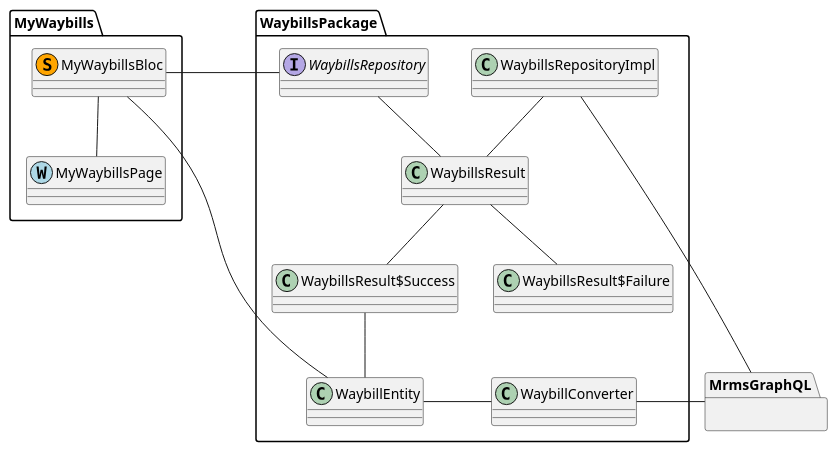
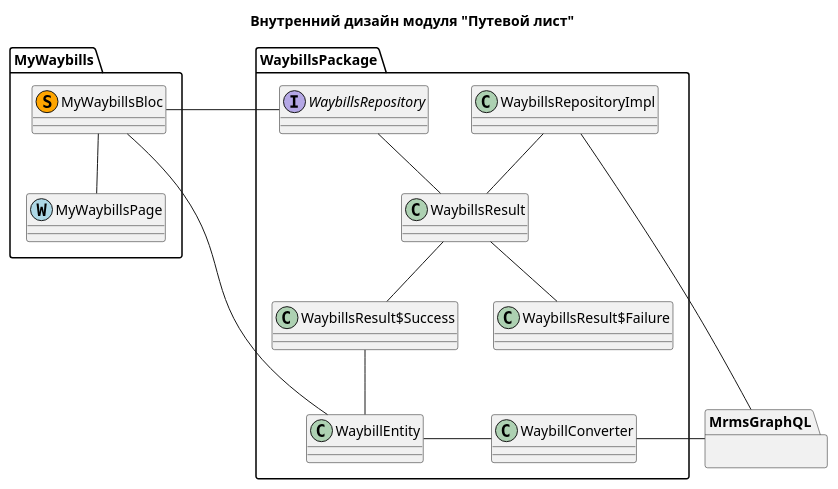
Before and after one commit to CoMatu/diagrams: the diagram in waybills.puml, drawn with PlantUML. The commit also changed 1 other file, not shown here.

Commit message:
добавлена диаграмма архитектура

```diff
--- a/waybills.puml
+++ b/waybills.puml
@@ -1,36 +1,38 @@
 @startuml Waybills
+
+title Внутренний дизайн модуля "Путевой лист"
 package MyWaybills {
     class MyWaybillsPage << (W, LightBlue) >>
     class MyWaybillsBloc << (S, Orange) >>
 }
 
 
 package WaybillsPackage {
     interface WaybillsRepository
     class WaybillsRepositoryImpl
     class WaybillsResult
     class WaybillsResult$Success
     class WaybillsResult$Failure
     class WaybillEntity
     class WaybillConverter
 }
 
 package MrmsGraphQL {}
 
 MyWaybillsBloc -- MyWaybillsPage
 MyWaybillsBloc - WaybillsRepository
 MyWaybillsBloc - WaybillEntity
 
 WaybillsResult -- WaybillsResult$Success
 WaybillsResult -- WaybillsResult$Failure
 WaybillsResult$Success -- WaybillEntity
 
 WaybillEntity - WaybillConverter
 WaybillConverter - MrmsGraphQL
 
 WaybillsRepository -- WaybillsResult
 WaybillsRepositoryImpl -- WaybillsResult
 
 WaybillsRepositoryImpl -- MrmsGraphQL
 
 @enduml
```
